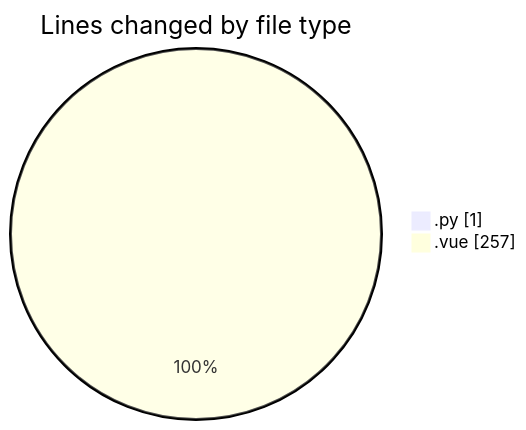
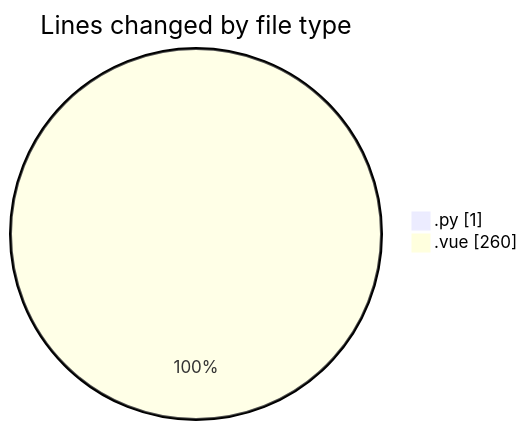
Before and after one commit to jcpc91/code-tracking: the first of 2 diagrams in 2025-05-12/cancelacionsegurosvida/README.md, drawn with Mermaid. The commit also changed other lines of this file and 1 other file, not shown here.

````diff
--- a/2025-05-12/cancelacionsegurosvida/README.md
+++ b/2025-05-12/cancelacionsegurosvida/README.md
@@ -23,6 +23,6 @@
 ```mermaid
 pie showData
 title Lines changed by file type
 ".py" : 1
-".vue" : 257
+".vue" : 260
 ```
````
